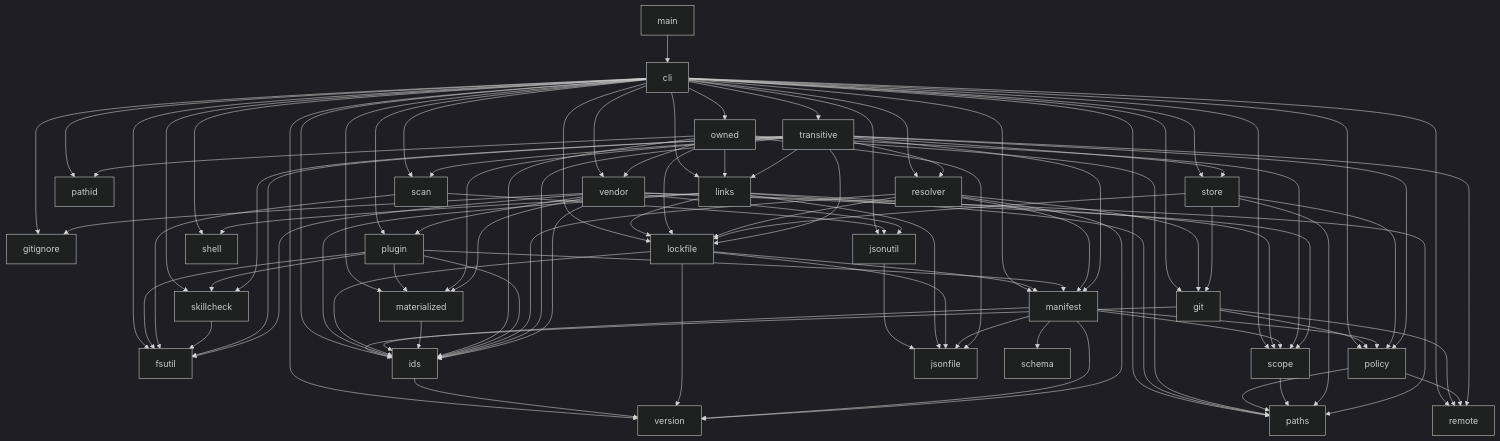
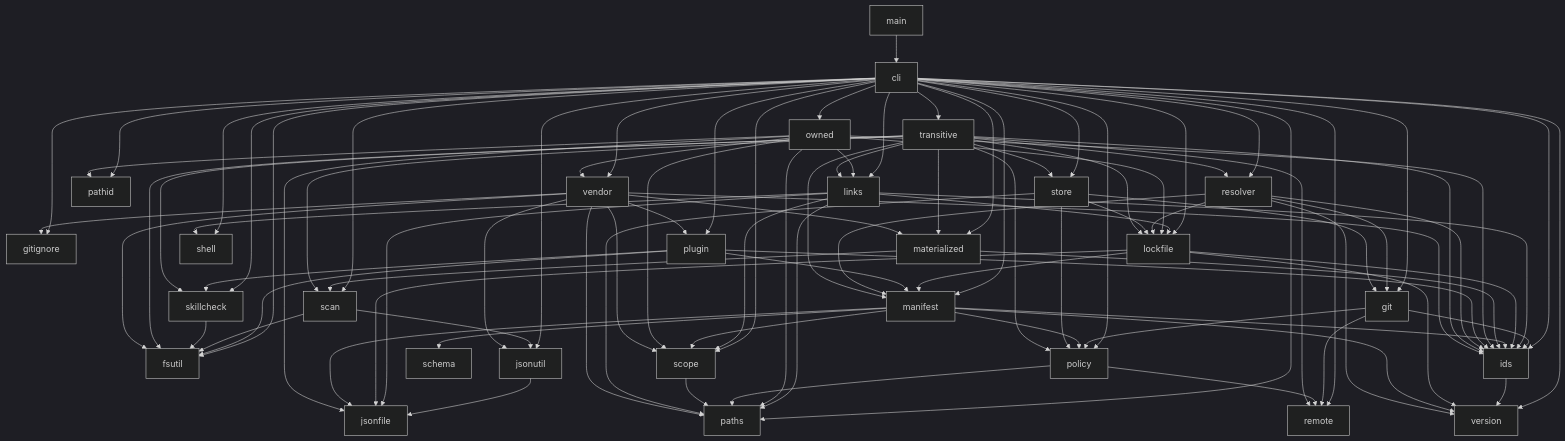
The first of 3 diagrams in docs/guide/architecture.md (camunda/spm-cli), drawn with Mermaid (dark theme) before and after one commit. The commit also changed other lines of this file and 21 other files, not shown here.

```diff
--- a/docs/guide/architecture.md
+++ b/docs/guide/architecture.md
@@ -68,6 +68,7 @@
   manifest --> scope
   manifest --> version
   materialized --> ids
+  materialized --> scan
   owned --> ids
   owned --> jsonfile
   owned --> links
@@ -79,7 +80,6 @@
   plugin --> fsutil
   plugin --> ids
   plugin --> manifest
-  plugin --> materialized
   plugin --> skillcheck
   policy --> paths
   policy --> remote
```
